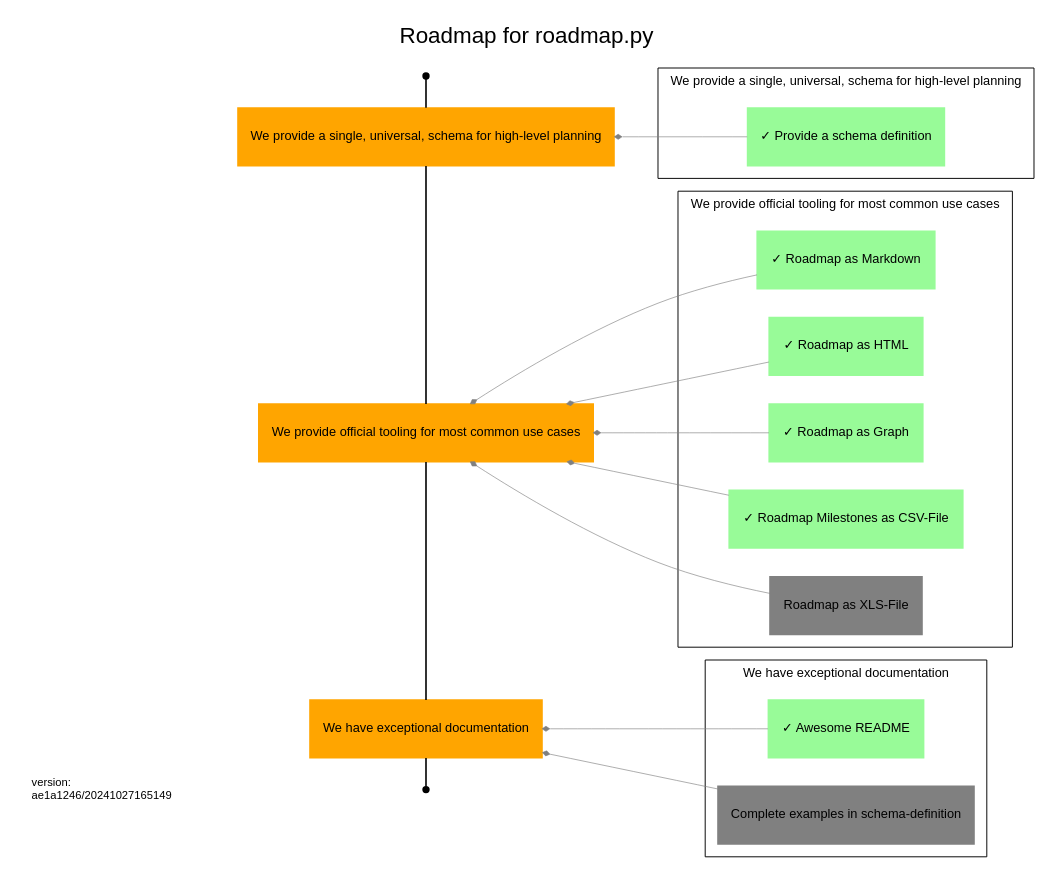
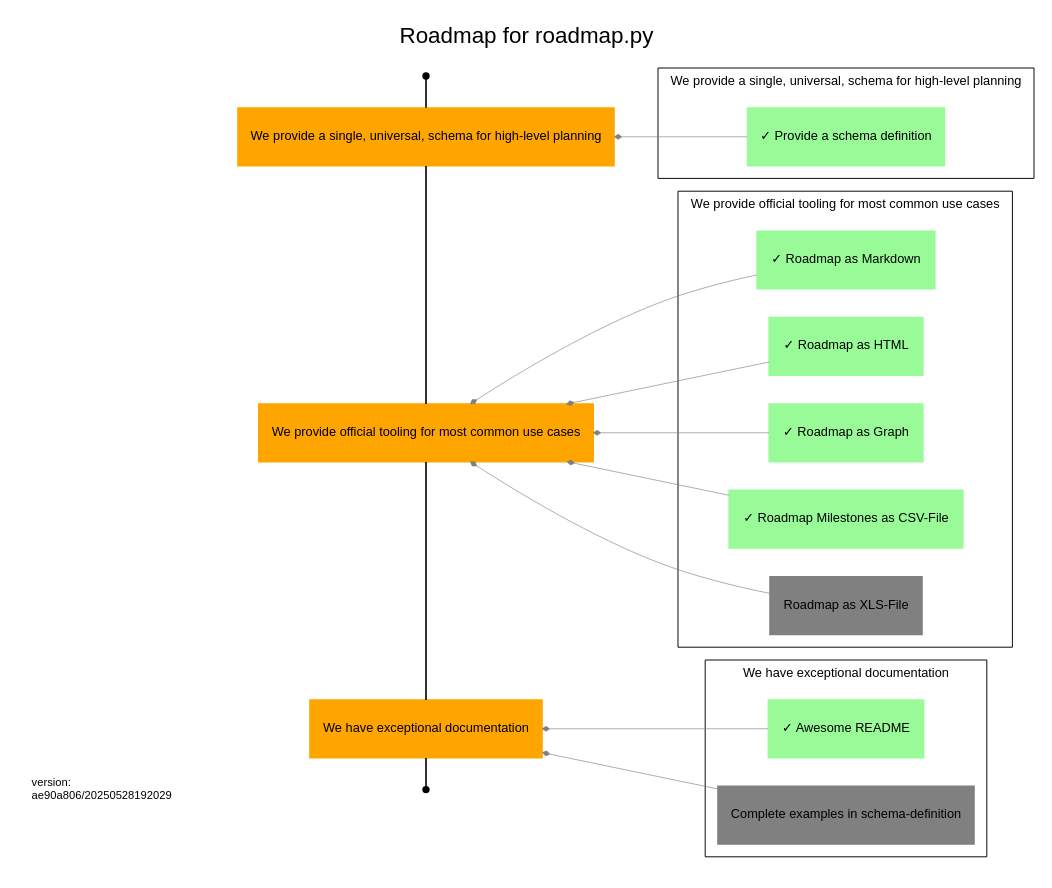
Before and after one commit to uroflavin/roadmap: the diagram in roadmap/roadmap.dot, drawn with Graphviz. The commit also changed 9 other files, not shown here.

Commit message:
fix(html): #107 display date for deliverables in roadmap view left if milestone number is even

```diff
--- a/roadmap/roadmap.dot
+++ b/roadmap/roadmap.dot
@@ -1,143 +1,143 @@
 digraph Roadmap {
   rankdir=RL;
   label="Roadmap for roadmap.py"
   tooltip="This is the planning roadmap for the [uroflavin/roadmap](https://github.com/uroflavin/roadmap) project. 
 It acts as both the plan for implementing this tool as well as a demonstration of what a roadmap might look like.
 
 One good example is this roadmap itself. 
 What to-do and what is already done to implement roadmap.py can you see in this picture.
 
 ![Roadmap Objectives and Keyresults, rendered from roadmap.yml](roadmap.dot.png)
 
 One of the things you'll immediately notice about this file is that it uses *Markdown* for formatting of text and is designed around a structured YAML schema. 
 The goal is to make this as easy as possible for humans to read and reason about, while also enabling powerful visualizations to be generated based on the content.
 ";
   fontname="Arial";
   labelloc="t";
 
   node[style="filled",shape="rectangle",color="orange",fontname="Arial",fontsize=8];
   edge[weight=1,group="milestones",arrowhead="none"];
 
   {
 	rank=same;
 
 	start[label="Start",shape="point",color="",tooltip="This is the start of your roadmap."];
     end[label="End",shape="point",color="",tooltip="This is the end of your roadmap."];
     
     
     o1 [label="We provide a single, universal, schema for high-level planning",tooltip="The goal of this project is, primarily, to provide a single schema that can be used by different teams to describe the work they are doing and their future intentions. 
 The usefulness and applicability of this schema to real-world problem domains will determine whether anything else we do here is of value.
 "];
         
             "start" -> o1;
         
     o2 [label="We provide official tooling for most common use cases",tooltip="While the goal of having a single unified schema for planning is that it enables the development of tools that automate various aspects of planning, most teams are not going to adopt this if the fundamentals aren't already solved for them. 
 This includes things like being able to visualize your road map in common formats, validating it against the schema etc.
 "];
         
             o1 -> o2;
         
     o3 [label="We have exceptional documentation",tooltip="Adoption of something intended to make planning easier is only going to be successful if it is easy to use, and a critical part of that is great documentation. 
 Our goal is that someone with no familiarity with our tooling can ramp up and have an initial road map ready for use within only a few minutes.
 "];
         
             o2 -> o3;
         
             o3 -> "end" ;
         }
   node[color="grey"];
   edge[weight=5,color="grey",penwidth=0.4,arrowsize=0.4,group="dependencies",arrowhead="diamond"];
 
   
         
         subgraph cluster_o1 {
             label="We provide a single, universal, schema for high-level planning";
             tooltip="The goal of this project is, primarily, to provide a single schema that can be used by different teams to describe the work they are doing and their future intentions. 
 The usefulness and applicability of this schema to real-world problem domains will determine whether anything else we do here is of value.
 ";
             fontsize=8;
             penwidth=0.6;
             
                 
                 
                     
                 o1_r1 [label="✓ Provide a schema definition",tooltip="Develop a schema that fulfills the main requirements of the objective",color="palegreen"];
                 o1_r1 -> o1;
             }
     
         
         subgraph cluster_o2 {
             label="We provide official tooling for most common use cases";
             tooltip="While the goal of having a single unified schema for planning is that it enables the development of tools that automate various aspects of planning, most teams are not going to adopt this if the fundamentals aren't already solved for them. 
 This includes things like being able to visualize your road map in common formats, validating it against the schema etc.
 ";
             fontsize=8;
             penwidth=0.6;
             
                 
                 
                     
                 o2_r1 [label="✓ Roadmap as Markdown",tooltip="We should be able to generate some markdown out of roadmap.yml
 ",color="palegreen"];
                 o2_r1 -> o2;
             
                 
                 
                     
                 o2_r2 [label="✓ Roadmap as HTML",tooltip="We should be able to generate some html out of roadmap.yml
 ",color="palegreen"];
                 o2_r2 -> o2;
             
                 
                 
                     
                 o2_r3 [label="✓ Roadmap as Graph",tooltip="We should be able to generate some dot out of roadmap.yml
 ",color="palegreen"];
                 o2_r3 -> o2;
             
                 
                 
                     
                 o2_r4 [label="✓ Roadmap Milestones as CSV-File",tooltip="Excel is THE projectmanagement tool. 
 To render some progress in your favorite tool ;-) we should be able to generate some csv out of roadmap.yml-milestone and deliverables.
 CSV is limited capable for exporting everything, so this would be a good first step towards Roadmap als XLS-File.
 ",color="palegreen"];
                 o2_r4 -> o2;
             
                 
                 
                     
                 o2_r5 [label="Roadmap as XLS-File",tooltip="We should be able to generate some xls out of roadmap.yml
 ",color="grey"];
                 o2_r5 -> o2;
             }
     
         
         subgraph cluster_o3 {
             label="We have exceptional documentation";
             tooltip="Adoption of something intended to make planning easier is only going to be successful if it is easy to use, and a critical part of that is great documentation. 
 Our goal is that someone with no familiarity with our tooling can ramp up and have an initial road map ready for use within only a few minutes.
 ";
             fontsize=8;
             penwidth=0.6;
             
                 
                 
                     
                 o3_r1 [label="✓ Awesome README",tooltip="We need to complete our README explaining the purpose of this project and giving some basic examples of its use.
 ",color="palegreen"];
                 o3_r1 -> o3;
             
                 
                 
                     
                 o3_r2 [label="Complete examples in schema-definition",tooltip="Complete the examples so that every user of the schema is able to find suitable examples for their specific use cases",color="grey"];
                 o3_r2 -> o3;
             }
     subgraph footer {
                 {
                     rank="sink"; 
-                    footer [fontsize=7 shape="box" color="white" label="version:\lae1a1246/20241027165149\l"];
+                    footer [fontsize=7 shape="box" color="white" label="version:\lae90a806/20250528192029\l"];
                 }
             }
 }
```
